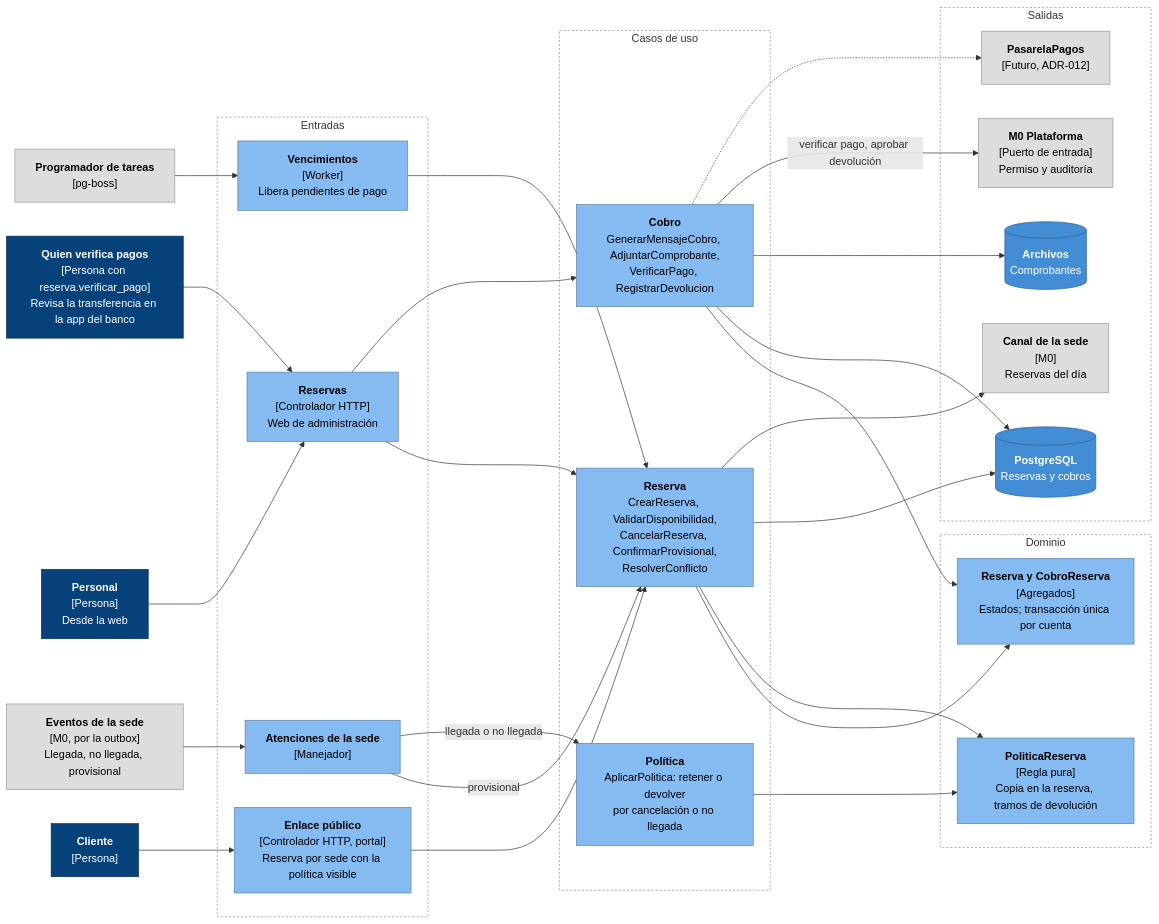
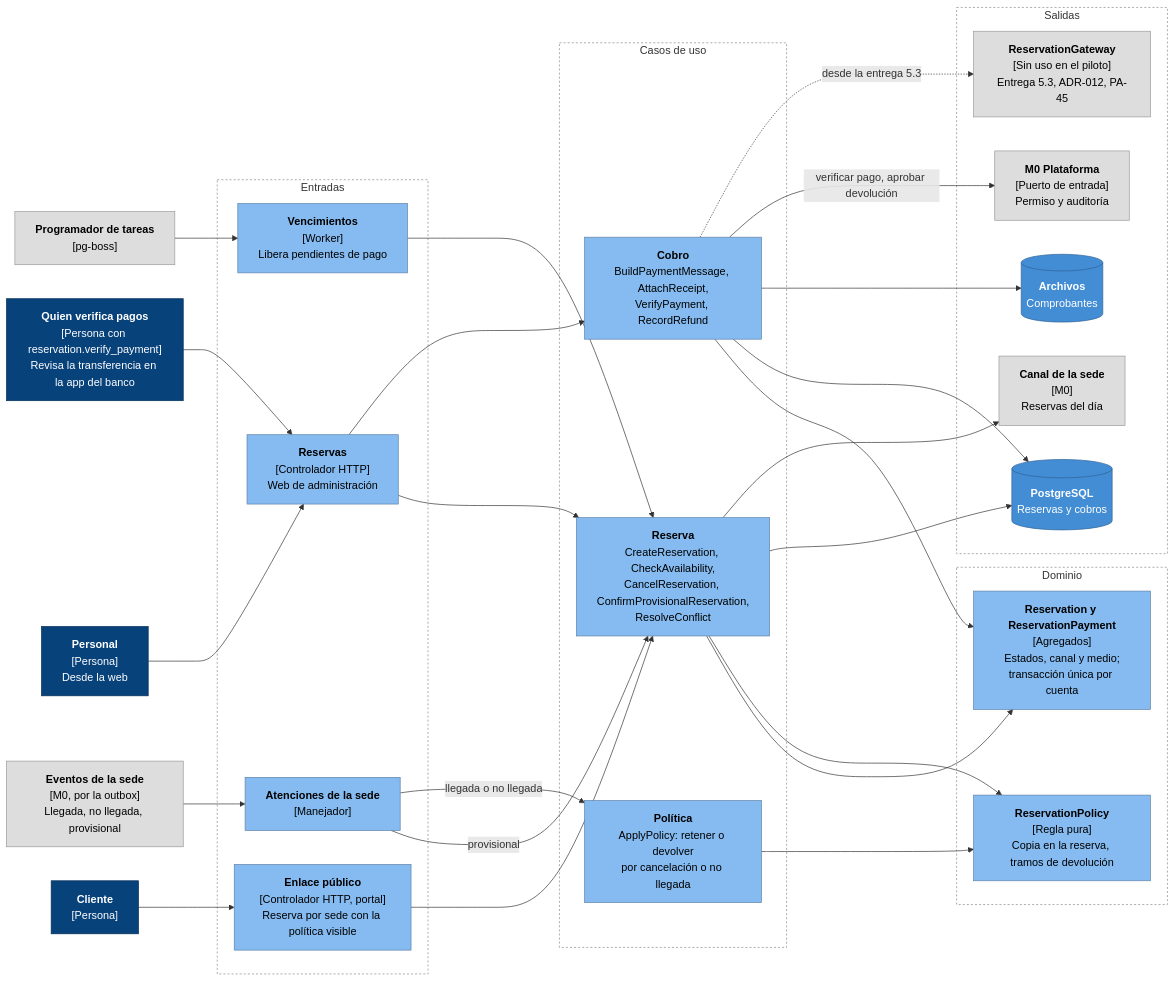
The first of 2 diagrams in docs/arquitectura/componentes/c4-m9-reservas.md (CesarJOtizM/blackHole), drawn with Mermaid before and after one commit. The commit also changed other lines of this file and 159 other files, not shown here.

````diff
--- a/docs/arquitectura/componentes/c4-m9-reservas.md
+++ b/docs/arquitectura/componentes/c4-m9-reservas.md
@@ -14,68 +14,68 @@
 ```mermaid
 flowchart LR
   CLI["<b>Cliente</b><br/>[Persona]"]:::persona
   PER["<b>Personal</b><br/>[Persona]<br/>Desde la web"]:::persona
-  VER["<b>Quien verifica pagos</b><br/>[Persona con reserva.verificar_pago]<br/>Revisa la transferencia en la app del banco"]:::persona
+  VER["<b>Quien verifica pagos</b><br/>[Persona con reservation.verify_payment]<br/>Revisa la transferencia en la app del banco"]:::persona
   INB["<b>Eventos de la sede</b><br/>[M0, por la outbox]<br/>Llegada, no llegada, provisional"]:::modulo
   PRG["<b>Programador de tareas</b><br/>[pg-boss]"]:::modulo
 
   subgraph Entradas["Entradas"]
     PUB["<b>Enlace público</b><br/>[Controlador HTTP, portal]<br/>Reserva por sede con la política visible"]:::componente
     HTTP["<b>Reservas</b><br/>[Controlador HTTP]<br/>Web de administración"]:::componente
     EVS["<b>Atenciones de la sede</b><br/>[Manejador]"]:::componente
     WVEN["<b>Vencimientos</b><br/>[Worker]<br/>Libera pendientes de pago"]:::componente
   end
 
   subgraph Aplicacion["Casos de uso"]
-    UC_RES["<b>Reserva</b><br/>CrearReserva, ValidarDisponibilidad,<br/>CancelarReserva, ConfirmarProvisional,<br/>ResolverConflicto"]:::componente
-    UC_COB["<b>Cobro</b><br/>GenerarMensajeCobro, AdjuntarComprobante,<br/>VerificarPago, RegistrarDevolucion"]:::componente
-    UC_POL["<b>Política</b><br/>AplicarPolitica: retener o devolver<br/>por cancelación o no llegada"]:::componente
+    UC_RES["<b>Reserva</b><br/>CreateReservation, CheckAvailability,<br/>CancelReservation, ConfirmProvisionalReservation,<br/>ResolveConflict"]:::componente
+    UC_COB["<b>Cobro</b><br/>BuildPaymentMessage, AttachReceipt,<br/>VerifyPayment, RecordRefund"]:::componente
+    UC_POL["<b>Política</b><br/>ApplyPolicy: retener o devolver<br/>por cancelación o no llegada"]:::componente
   end
 
   subgraph Dominio["Dominio"]
-    D_RES["<b>Reserva y CobroReserva</b><br/>[Agregados]<br/>Estados; transacción única por cuenta"]:::componente
-    D_POL["<b>PoliticaReserva</b><br/>[Regla pura]<br/>Copia en la reserva, tramos de devolución"]:::componente
+    D_RES["<b>Reservation y ReservationPayment</b><br/>[Agregados]<br/>Estados, canal y medio;<br/>transacción única por cuenta"]:::componente
+    D_POL["<b>ReservationPolicy</b><br/>[Regla pura]<br/>Copia en la reserva, tramos de devolución"]:::componente
   end
 
   subgraph Salida["Salidas"]
     PG[("<b>PostgreSQL</b><br/>Reservas y cobros")]:::contenedor
     OBJ[("<b>Archivos</b><br/>Comprobantes")]:::contenedor
     M0["<b>M0 Plataforma</b><br/>[Puerto de entrada]<br/>Permiso y auditoría"]:::modulo
     CAN["<b>Canal de la sede</b><br/>[M0]<br/>Reservas del día"]:::modulo
-    PAS["<b>PasarelaPagos</b><br/>[Futuro, ADR-012]"]:::modulo
+    PAS["<b>ReservationGateway</b><br/>[Sin uso en el piloto]<br/>Entrega 5.3, ADR-012, PA-45"]:::modulo
   end
 
   CLI --> PUB
   PER --> HTTP
   VER --> HTTP
   INB --> EVS
   PRG --> WVEN
 
   PUB --> UC_RES
   HTTP --> UC_RES
   HTTP --> UC_COB
   EVS -- "provisional" --> UC_RES
   EVS -- "llegada o no llegada" --> UC_POL
   WVEN --> UC_RES
 
   UC_RES --> D_RES
   UC_RES --> D_POL
   UC_COB --> D_RES
   UC_POL --> D_POL
 
   UC_RES --> PG
   UC_COB --> PG
   UC_COB --> OBJ
   UC_COB -- "verificar pago, aprobar devolución" --> M0
   UC_RES --> CAN
-  UC_COB -.-> PAS
+  UC_COB -. "desde la entrega 5.3" .-> PAS
 
   classDef persona fill:#08427b,stroke:#052e56,color:#fff
   classDef componente fill:#85bbf0,stroke:#5d82a8,color:#000
   classDef contenedor fill:#438dd5,stroke:#2e6295,color:#fff
   classDef modulo fill:#dddddd,stroke:#999999,color:#000
   style Entradas fill:none,stroke:#888,stroke-dasharray: 3 3
   style Aplicacion fill:none,stroke:#888,stroke-dasharray: 3 3
   style Dominio fill:none,stroke:#888,stroke-dasharray: 3 3
   style Salida fill:none,stroke:#888,stroke-dasharray: 3 3
 ```
````
